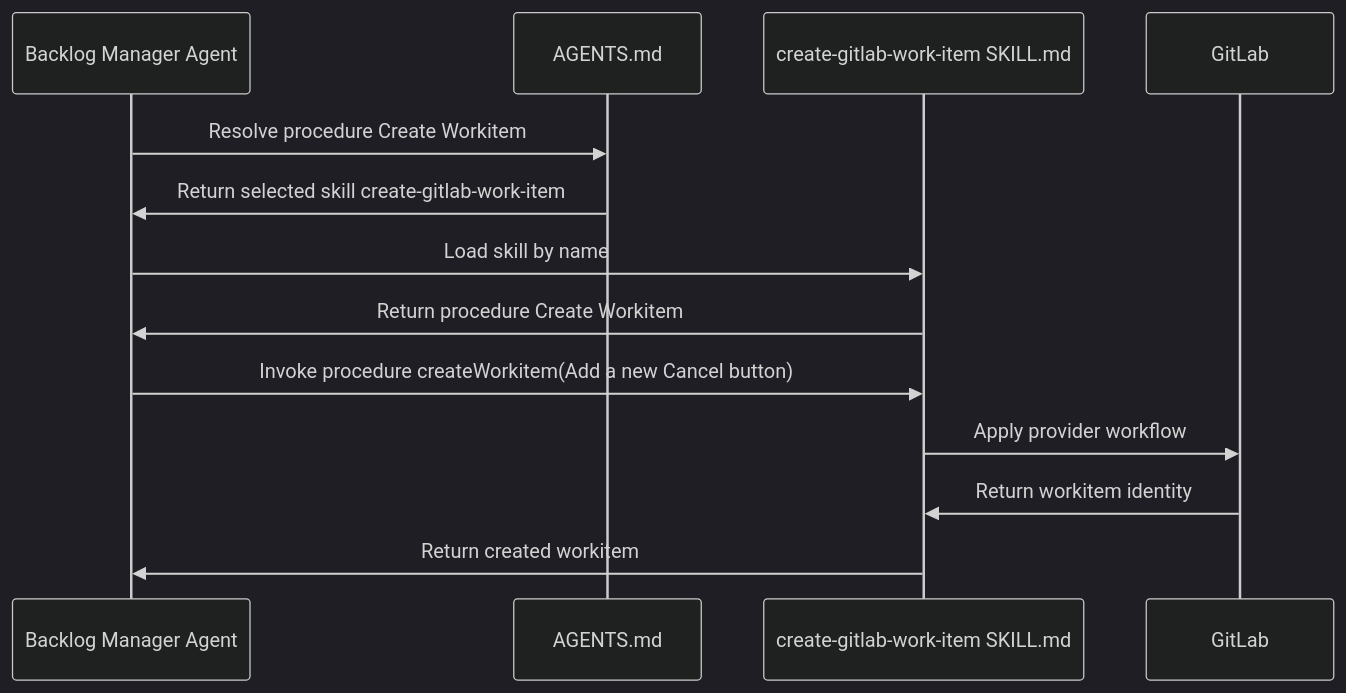
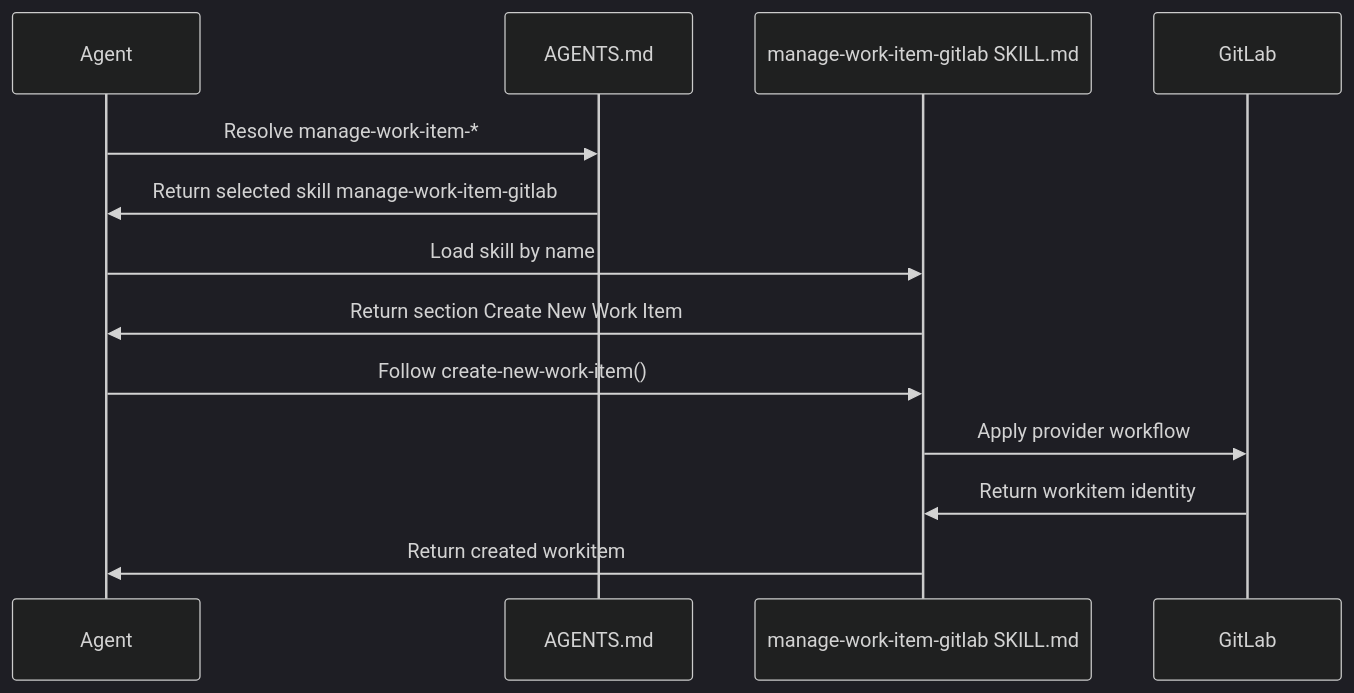
Before and after one commit to martinbechard/dev-methodology: the seventh of 11 diagrams in design/object-oriented-agent-and-skill-model.md, drawn with Mermaid (dark theme). The commit also changed other lines of this file and 2 other files, not shown here.

Commit message:
Clarify whole-skill and work-item DII notation

````diff
--- a/design/object-oriented-agent-and-skill-model.md
+++ b/design/object-oriented-agent-and-skill-model.md
@@ -449,16 +440,16 @@
 ```mermaid
 sequenceDiagram
-    participant Agent as Backlog Manager Agent
+    participant Agent
     participant Guidance as AGENTS.md
-    participant Skill as create-gitlab-work-item SKILL.md
+    participant Skill as manage-work-item-gitlab SKILL.md
     participant GitLab
 
-    Agent->>Guidance: Resolve procedure Create Workitem
-    Guidance->>Agent: Return selected skill create-gitlab-work-item
+    Agent->>Guidance: Resolve manage-work-item-*
+    Guidance->>Agent: Return selected skill manage-work-item-gitlab
     Agent->>Skill: Load skill by name
-    Skill->>Agent: Return procedure Create Workitem
-    Agent->>Skill: Invoke procedure createWorkitem(Add a new Cancel button)
+    Skill->>Agent: Return section Create New Work Item
+    Agent->>Skill: Follow create-new-work-item()
     Skill->>GitLab: Apply provider workflow
     GitLab->>Skill: Return workitem identity
     Skill->>Agent: Return created workitem
 ```
````
